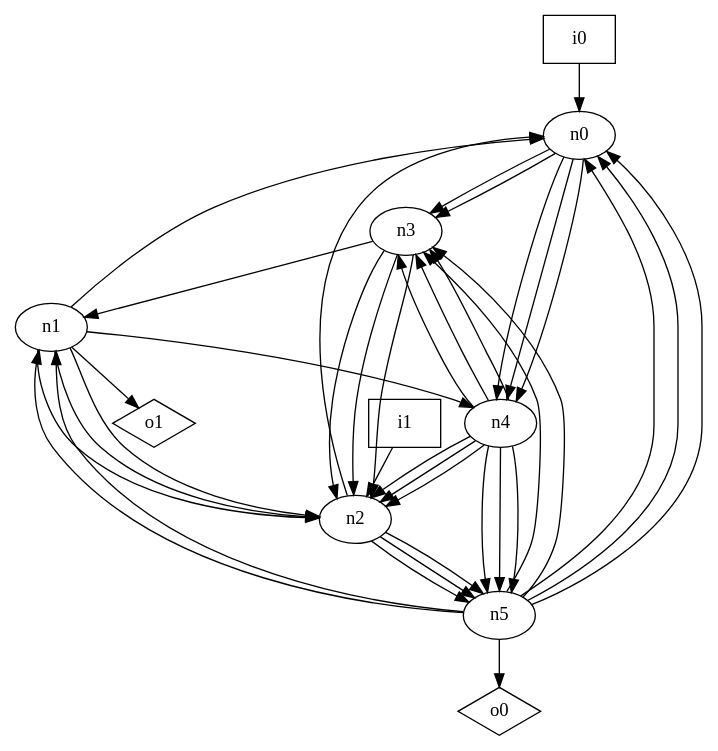
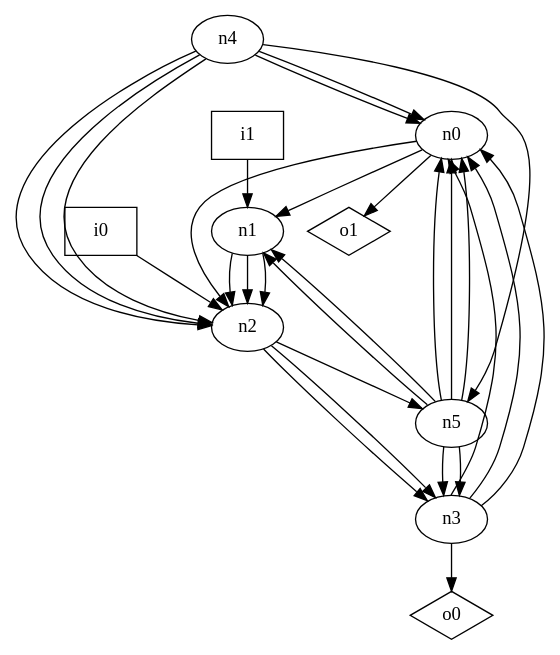
The diagram in dot_files/random_graph/oriented_loop_free_graph.dot (p9romain/bool-circuits), drawn with Graphviz before and after one commit. The commit also changed 73 other files, not shown here.

```diff
--- a/dot_files/random_graph/oriented_loop_free_graph.dot
+++ b/dot_files/random_graph/oriented_loop_free_graph.dot
@@ -1,50 +1,40 @@
 digraph G {
 n0 [label="n0"];
 n1 [label="n1"];
 n2 [label="n2"];
 n3 [label="n3"];
 n4 [label="n4"];
 n5 [label="n5"];
 n6 [label="i0",shape="box"];
 n7 [label="i1",shape="box"];
 n8 [label="o0",shape="diamond"];
 n9 [label="o1",shape="diamond"];
-n0 -> n3
-n0 -> n3
-n0 -> n4
-n0 -> n4
-n0 -> n4
-n1 -> n0
+n0 -> n1
+n0 -> n2
+n0 -> n9
 n1 -> n2
 n1 -> n2
 n1 -> n2
-n1 -> n4
-n1 -> n9
-n2 -> n0
+n2 -> n3
+n2 -> n3
 n2 -> n5
-n2 -> n5
-n2 -> n5
-n3 -> n1
-n3 -> n2
-n3 -> n2
-n3 -> n2
+n3 -> n0
+n3 -> n0
+n3 -> n0
+n3 -> n8
+n4 -> n0
+n4 -> n0
 n4 -> n2
 n4 -> n2
 n4 -> n2
-n4 -> n3
-n4 -> n3
-n4 -> n3
-n4 -> n5
-n4 -> n5
 n4 -> n5
 n5 -> n0
 n5 -> n0
 n5 -> n0
 n5 -> n1
 n5 -> n1
 n5 -> n3
 n5 -> n3
-n5 -> n8
-n6 -> n0
-n7 -> n2
+n6 -> n2
+n7 -> n1
 }
```
